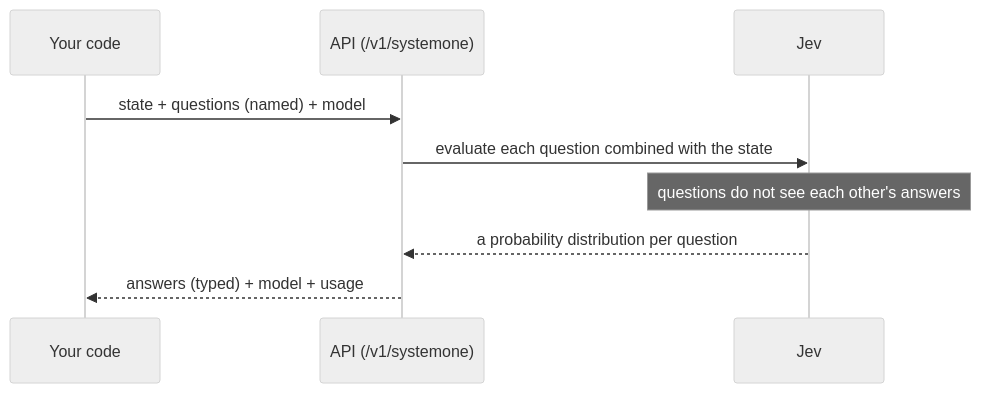
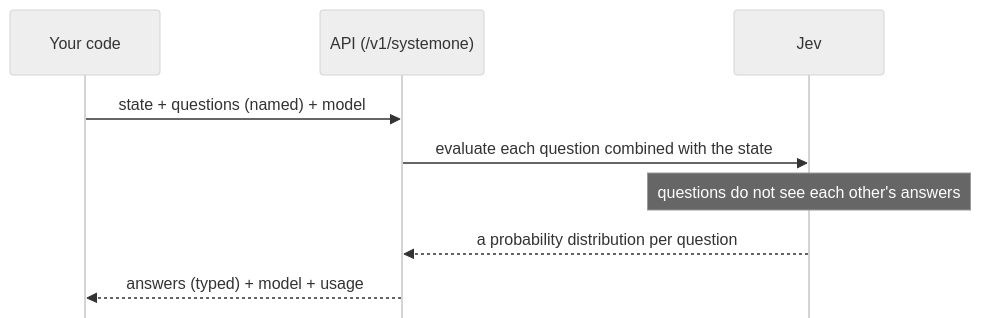
The diagram in docs/en/kaiden/01-mechanism.md (kenmori/jev-dojo), drawn with Mermaid (neutral theme) before and after one commit. The commit also changed 3 other files, not shown here.

First line of the commit message:
Sequence diagrams: hide mirrored actors on GitHub (init directive); describe them in EPUB alt text

````diff
--- a/docs/en/kaiden/01-mechanism.md
+++ b/docs/en/kaiden/01-mechanism.md
@@ -24,11 +24,12 @@
 ```mermaid
+%%{init: {"sequence": {"mirrorActors": false}}}%%
 sequenceDiagram
   participant C as Your code
   participant A as API (/v1/systemone)
   participant M as Jev
   C->>A: state + questions (named) + model
   A->>M: evaluate each question combined with the state
   Note over M: questions do not see each other's answers
   M-->>A: a probability distribution per question
   A-->>C: answers (typed) + model + usage
 ```
````
